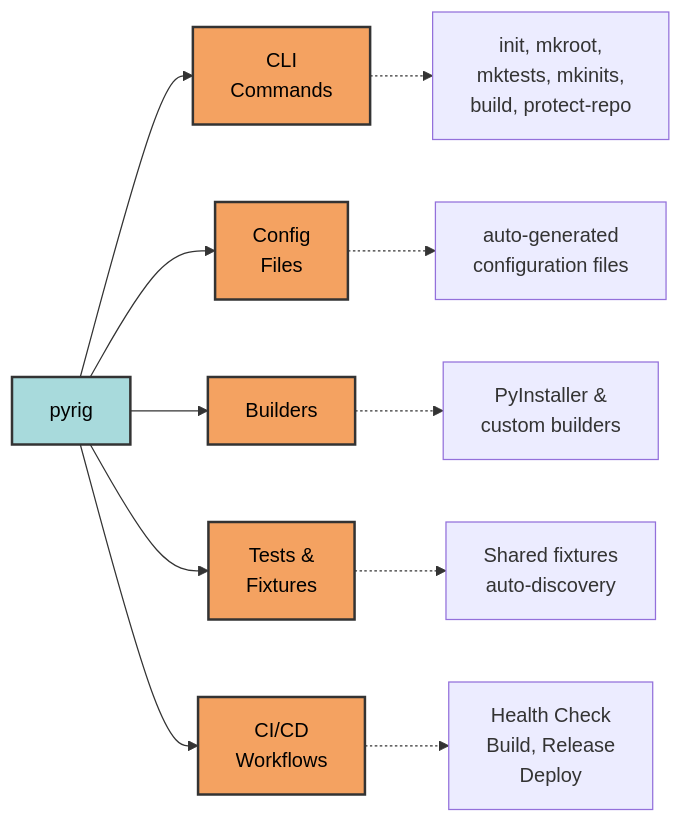
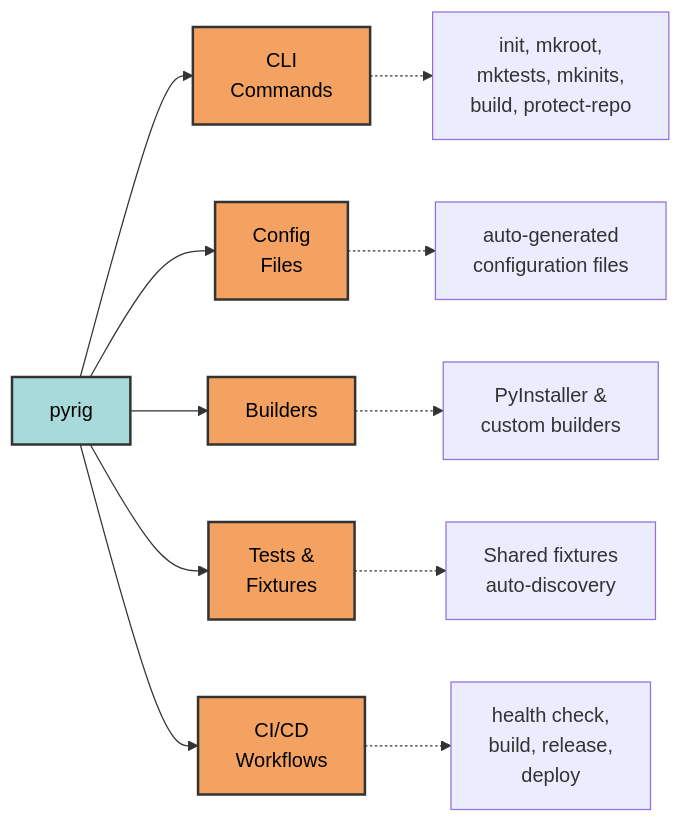
One commit to Winipedia/pyrig changed the diagram in docs/index.md. Above: the diagram before and after it, drawn with Mermaid. The commit also changed 1 other file, not shown here.

````diff
--- a/docs/index.md
+++ b/docs/index.md
@@ -43,21 +43,21 @@
 ```mermaid
 graph LR
     A[pyrig] --> B[CLI<br/>Commands]
     A --> C[Config<br/>Files]
     A --> D[Builders]
     A --> E[Tests &<br/>Fixtures]
     A --> F[CI/CD<br/>Workflows]
 
     B -.-> B1[init, mkroot,<br/>mktests, mkinits,<br/>build, protect-repo]
     C -.-> C1[auto-generated<br/>configuration files]
     D -.-> D1[PyInstaller &<br/>custom builders]
     E -.-> E1[Shared fixtures<br/>auto-discovery]
-    F -.-> F1[Health Check<br/>Build, Release<br/>Deploy]
+    F -.-> F1[health check,<br/>build, release,<br/>deploy]
 
     style A fill:#a8dadc,stroke:#333,stroke-width:2px,color:#000
     style B fill:#f4a261,stroke:#333,stroke-width:2px,color:#000
     style C fill:#f4a261,stroke:#333,stroke-width:2px,color:#000
     style D fill:#f4a261,stroke:#333,stroke-width:2px,color:#000
     style E fill:#f4a261,stroke:#333,stroke-width:2px,color:#000
     style F fill:#f4a261,stroke:#333,stroke-width:2px,color:#000
 ```
````
